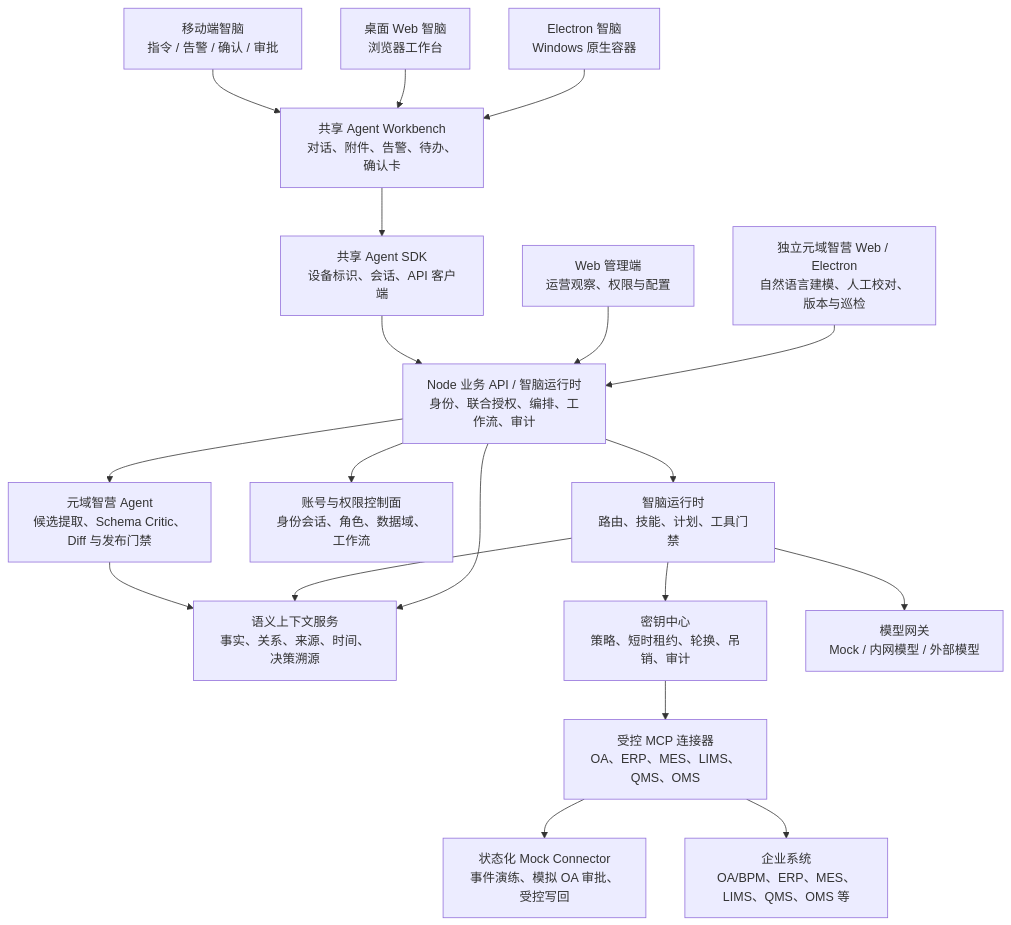
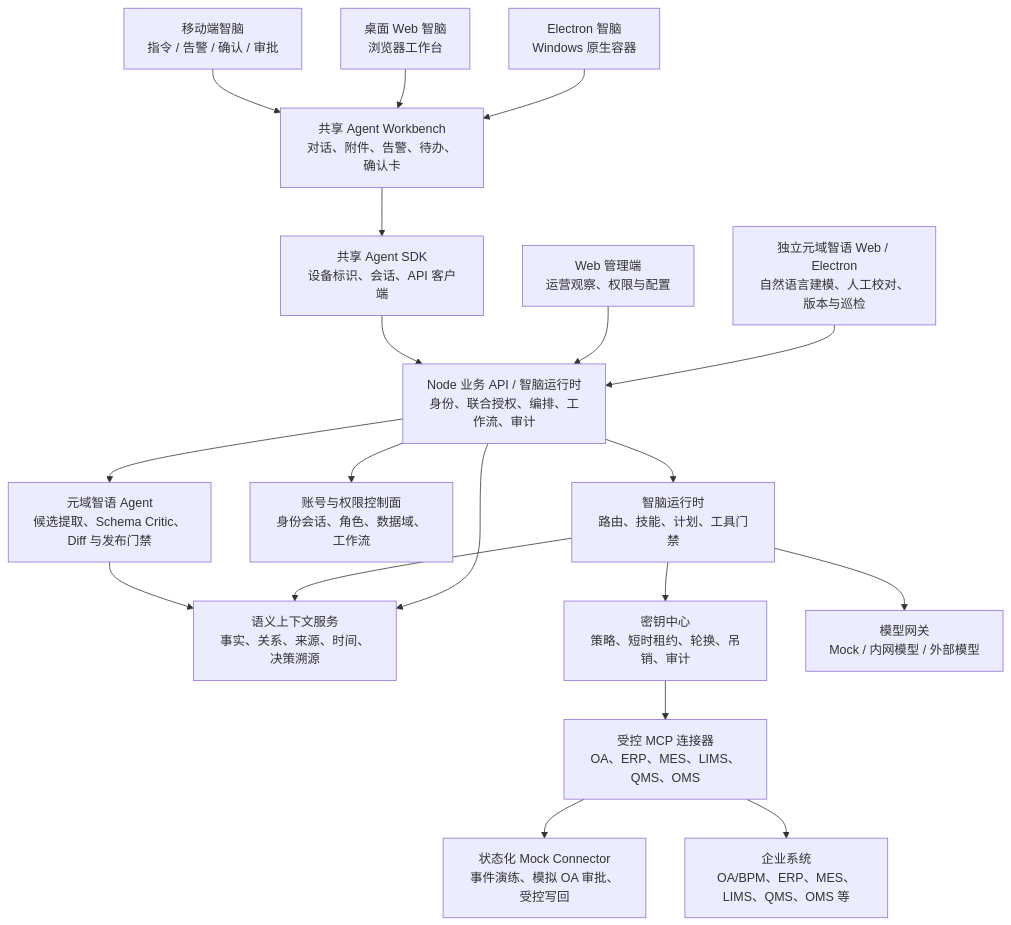
The first of 4 diagrams in docs/architecture/ARCHITECTURE.md (shulinw27-web/yuanyu-zhinao), drawn with Mermaid before and after one commit. The commit also changed other lines of this file and 145 other files, not shown here.

````diff
--- a/docs/architecture/ARCHITECTURE.md
+++ b/docs/architecture/ARCHITECTURE.md
@@ -75,39 +75,39 @@
 ```mermaid
 flowchart TB
   Mobile["移动端智脑\n指令 / 告警 / 确认 / 审批"]
   DesktopWeb["桌面 Web 智脑\n浏览器工作台"]
   Electron["Electron 智脑\nWindows 原生容器"]
   Web["Web 管理端\n运营观察、权限与配置"]
-  SemanticOps["独立元域智营 Web / Electron\n自然语言建模、人工校对、版本与巡检"]
-  SemanticAgent["元域智营 Agent\n候选提取、Schema Critic、Diff 与发布门禁"]
+  SemanticOps["独立元域智语 Web / Electron\n自然语言建模、人工校对、版本与巡检"]
+  SemanticAgent["元域智语 Agent\n候选提取、Schema Critic、Diff 与发布门禁"]
   Workbench["共享 Agent Workbench\n对话、附件、告警、待办、确认卡"]
   SDK["共享 Agent SDK\n设备标识、会话、API 客户端"]
   API["Node 业务 API / 智脑运行时\n身份、联合授权、编排、工作流、审计"]
   Account["账号与权限控制面\n身份会话、角色、数据域、工作流"]
   Agent["智脑运行时\n路由、技能、计划、工具门禁"]
   Semantic["语义上下文服务\n事实、关系、来源、时间、决策溯源"]
   Key["密钥中心\n策略、短时租约、轮换、吊销、审计"]
   Model["模型网关\nMock / 内网模型 / 外部模型"]
   MCP["受控 MCP 连接器\nOA、ERP、MES、LIMS、QMS、OMS"]
   Mock["状态化 Mock Connector\n事件演练、模拟 OA 审批、受控写回"]
   Systems["企业系统\nOA/BPM、ERP、MES、LIMS、QMS、OMS 等"]
 
   Mobile --> Workbench
   DesktopWeb --> Workbench
   Electron --> Workbench
   Workbench --> SDK
   SDK --> API
   Web --> API
   SemanticOps --> API
   API --> SemanticAgent
   SemanticAgent --> Semantic
   API --> Account
   API --> Agent
   Agent --> Semantic
   Agent --> Model
   Agent --> Key
   Key --> MCP
   MCP --> Mock
   MCP --> Systems
   API --> Semantic
 ```
````
